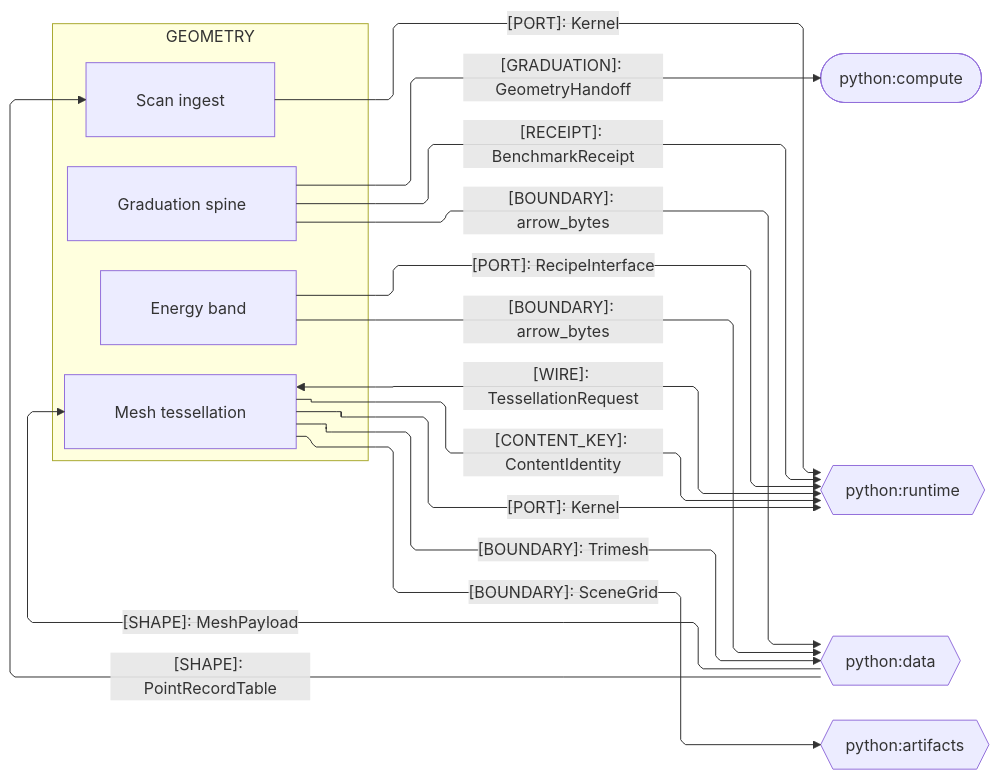
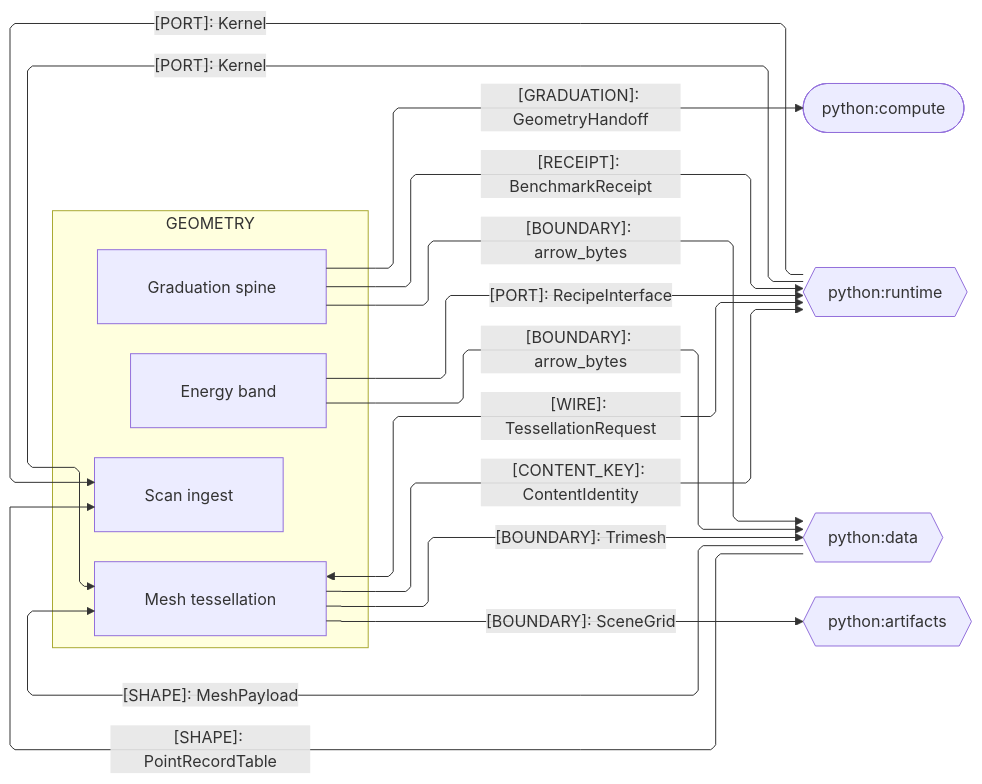
The third of 3 diagrams in libs/python/geometry/ARCHITECTURE.md (bsamiee/Rasm), drawn with Mermaid before and after one commit. The commit also changed other lines of this file and 486 other files, not shown here.

````diff
--- a/libs/python/geometry/ARCHITECTURE.md
+++ b/libs/python/geometry/ARCHITECTURE.md
@@ -117,35 +117,35 @@
 ```mermaid
 ---
 config:
   layout: elk
   flowchart:
     curve: linear
     padding: 25
 ---
 flowchart LR
     accTitle: Geometry Python sibling seams
     accDescr: Geometry sub-domain owners exchanging graduation receipts, payloads, ports, and kernel crossings with the Python siblings.
     subgraph geometry[GEOMETRY]
         Graduation[Graduation spine]
         Mesh[Mesh tessellation]
         Scan[Scan ingest]
         Energy[Energy band]
     end
     Compute([python:compute])
     Runtime{{python:runtime}}
     Data{{python:data}}
     Artifacts{{python:artifacts}}
     Graduation e1@-->|"[GRADUATION]: GeometryHandoff"| Compute
     Graduation e10@-->|"[BOUNDARY]: arrow_bytes"| Data
     Mesh e2@<-->|"[WIRE]: TessellationRequest"| Runtime
     Mesh e3@-->|"[CONTENT_KEY]: ContentIdentity"| Runtime
     Data e4@-->|"[SHAPE]: MeshPayload"| Mesh
     Mesh e5@-->|"[BOUNDARY]: Trimesh"| Data
     Mesh e6@-->|"[BOUNDARY]: SceneGrid"| Artifacts
     Data e7@-->|"[SHAPE]: PointRecordTable"| Scan
     Energy e8@-->|"[PORT]: RecipeInterface"| Runtime
     Energy e9@-->|"[BOUNDARY]: arrow_bytes"| Data
     Graduation e11@-->|"[RECEIPT]: BenchmarkReceipt"| Runtime
-    Mesh e12@-->|"[PORT]: Kernel"| Runtime
-    Scan e13@-->|"[PORT]: Kernel"| Runtime
+    Runtime e12@-->|"[PORT]: Kernel"| Mesh
+    Runtime e13@-->|"[PORT]: Kernel"| Scan
 ```
````
